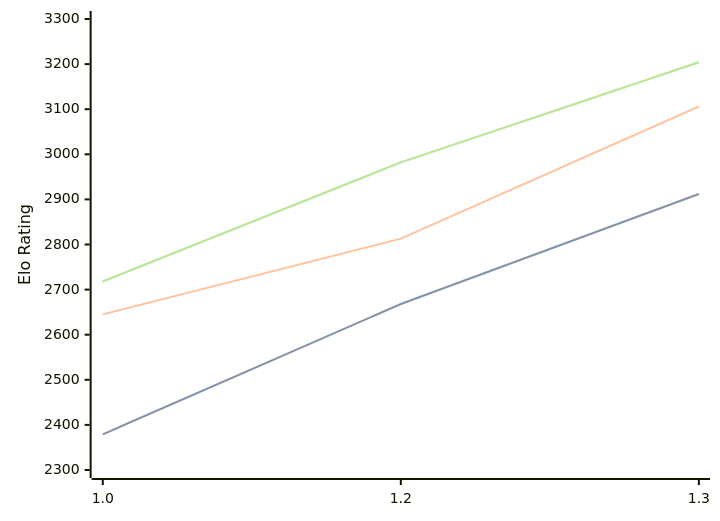
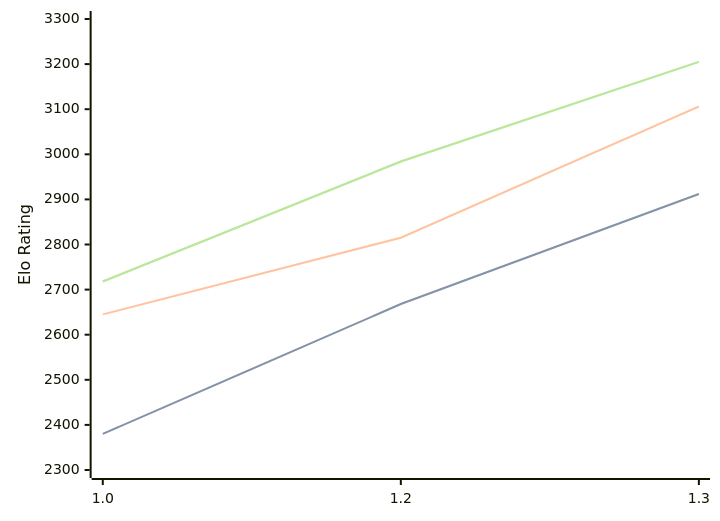
Before and after one commit to computer-chess-index/cci: the diagram in engines/Chessnix.md, drawn with Mermaid. The commit also changed other lines of this file, not shown here.

Commit message:
Update CCI Ratings (ELO VLTC) - 2026-02-18

````diff
--- a/engines/Chessnix.md
+++ b/engines/Chessnix.md
@@ -31,11 +31,11 @@
 ```mermaid
 %%{init: {"theme":"base","themeVariables":{"seriesColors:['#a3a3a3','#222221','#faa371']}}}%%
 xychart-beta
   x-axis ["1.0", "1.2", "1.3"]
   y-axis "Elo Rating" 2300 --> 3300
-  line "STC (8.0+0.08s)" [2379, 2668, 2912]
-  line "STC (8.0+0.08s)" [2379, 2668, 2912]
-  line "LTC (60.0+0.60s)" [2645, 2813, 3106]
-  line "VLTC (2m24s+1.12s)" [2718, 2982, 3204]
-  line "VLTC (2m24s+1.12s)" [2718, 2982, 3204]
+  line "STC (8.0+0.08s)" [2380, 2668, 2912]
+  line "STC (8.0+0.08s)" [2380, 2668, 2912]
+  line "LTC (60.0+0.60s)" [2645, 2815, 3106]
+  line "VLTC (2m24s+1.12s)" [2718, 2984, 3205]
+  line "VLTC (2m24s+1.12s)" [2718, 2984, 3205]
 ```
````
